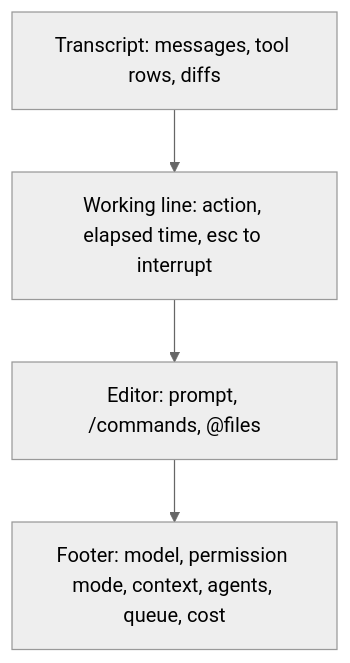
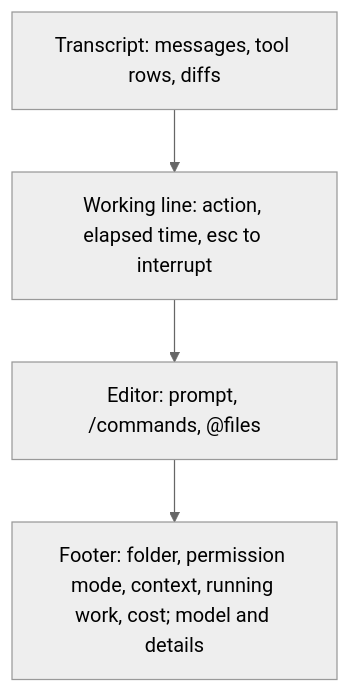
Before and after one commit to bgauryy/octocode-coding-agent: the first of 2 diagrams in packages/coding-agent/docs/tui.md, drawn with Mermaid (neutral theme). The commit also changed other lines of this file and 2785 other files, not shown here.

````diff
--- a/packages/coding-agent/docs/tui.md
+++ b/packages/coding-agent/docs/tui.md
@@ -5,8 +5,8 @@
 ```mermaid
 flowchart TB
   T[Transcript: messages, tool rows, diffs]
   W[Working line: action, elapsed time, esc to interrupt]
   E[Editor: prompt, /commands, @files]
-  F[Footer: model, permission mode, context, agents, queue, cost]
+  F[Footer: folder, permission mode, context, running work, cost; model and details]
   T --> W --> E --> F
 ```
````
